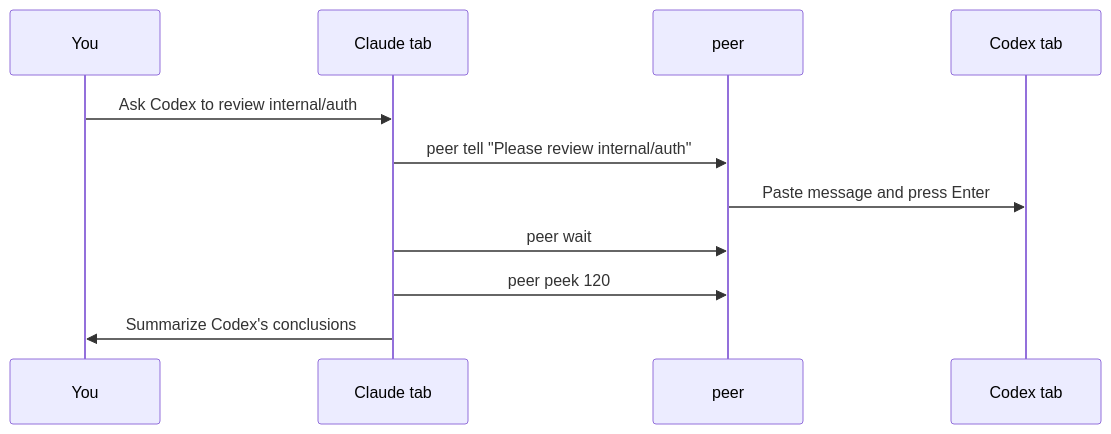
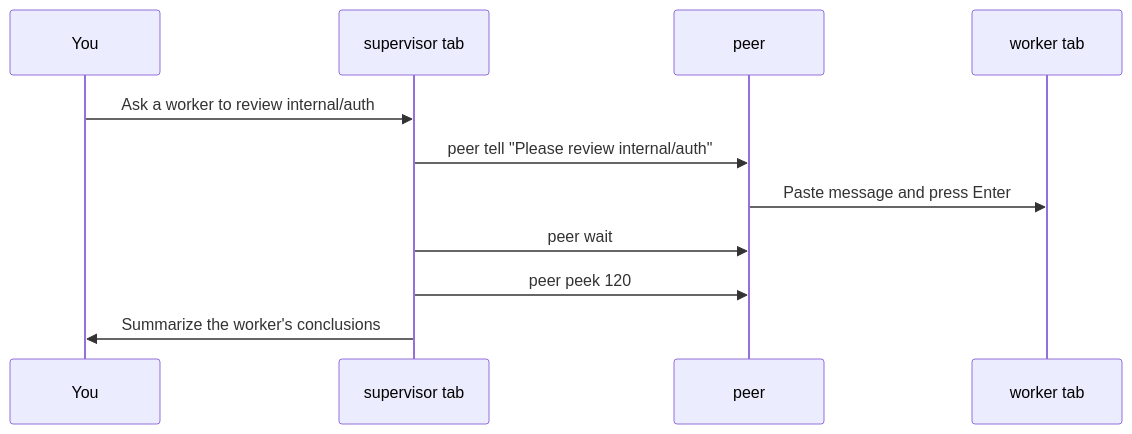
One commit to fovecifer/agent-duo changed the second of 2 diagrams in README.md. Above: the diagram before and after it, drawn with Mermaid. The commit also changed other lines of this file and 14 other files, not shown here.

````diff
--- a/README.md
+++ b/README.md
@@ -52,14 +54,14 @@
 ```mermaid
 sequenceDiagram
   participant U as You
-  participant C as Claude tab
+  participant C as supervisor tab
   participant P as peer
-  participant X as Codex tab
+  participant X as worker tab
 
-  U->>C: Ask Codex to review internal/auth
+  U->>C: Ask a worker to review internal/auth
   C->>P: peer tell "Please review internal/auth"
   P->>X: Paste message and press Enter
   C->>P: peer wait
   C->>P: peer peek 120
-  C->>U: Summarize Codex's conclusions
+  C->>U: Summarize the worker's conclusions
 ```
````
